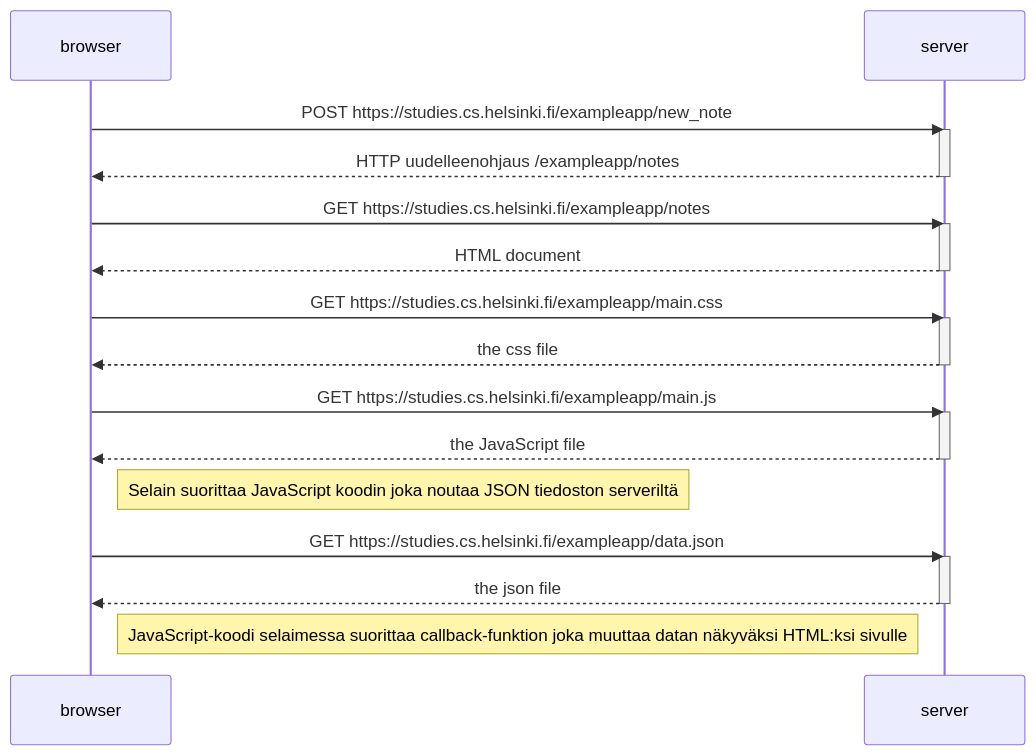
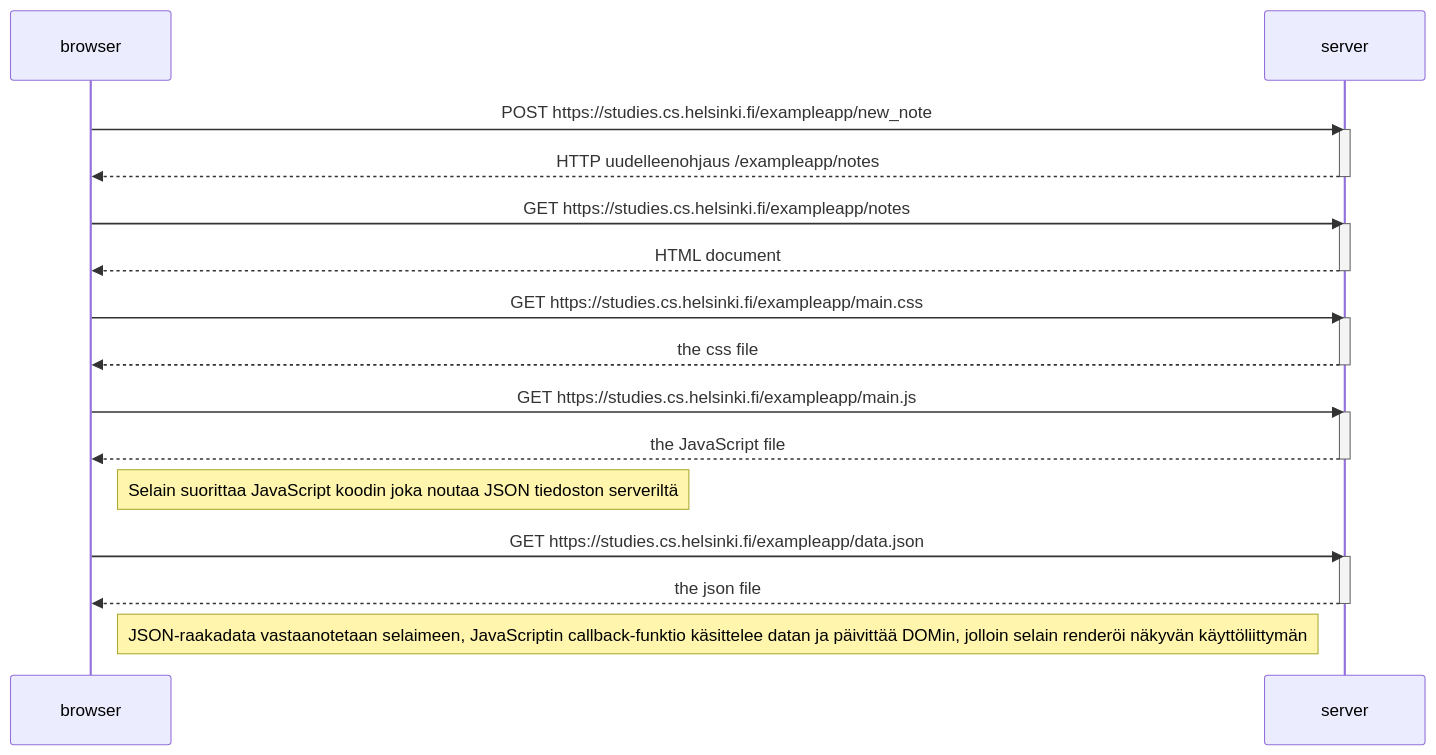
One commit to tttveijo/palautusrepositorio changed the diagram in osa0/0.4.md. Above: the diagram before and after it, drawn with Mermaid.

````diff
--- a/osa0/0.4.md
+++ b/osa0/0.4.md
@@ -1,34 +1,34 @@
 ```mermaid
 sequenceDiagram
     participant browser
     participant server
     
     browser->>server: POST https://studies.cs.helsinki.fi/exampleapp/new_note
     activate server
     server-->>browser: HTTP uudelleenohjaus /exampleapp/notes
     deactivate server
     
     browser->>server: GET https://studies.cs.helsinki.fi/exampleapp/notes
     activate server
     server-->>browser: HTML document
     deactivate server
     
     browser->>server: GET https://studies.cs.helsinki.fi/exampleapp/main.css
     activate server
     server-->>browser: the css file
     deactivate server
 
     browser->>server: GET https://studies.cs.helsinki.fi/exampleapp/main.js
     activate server
     server-->>browser: the JavaScript file
     deactivate server
     
     Note right of browser: Selain suorittaa JavaScript koodin joka noutaa JSON tiedoston serveriltä
     
     browser->>server: GET https://studies.cs.helsinki.fi/exampleapp/data.json
     activate server
     server-->>browser: the json file
     deactivate server    
 
-    Note right of browser: JavaScript-koodi selaimessa suorittaa callback-funktion joka muuttaa datan näkyväksi HTML:ksi sivulle
+    Note right of browser: JSON-raakadata vastaanotetaan selaimeen, JavaScriptin callback-funktio käsittelee datan ja päivittää DOMin, jolloin selain renderöi näkyvän käyttöliittymän
 ```
````
